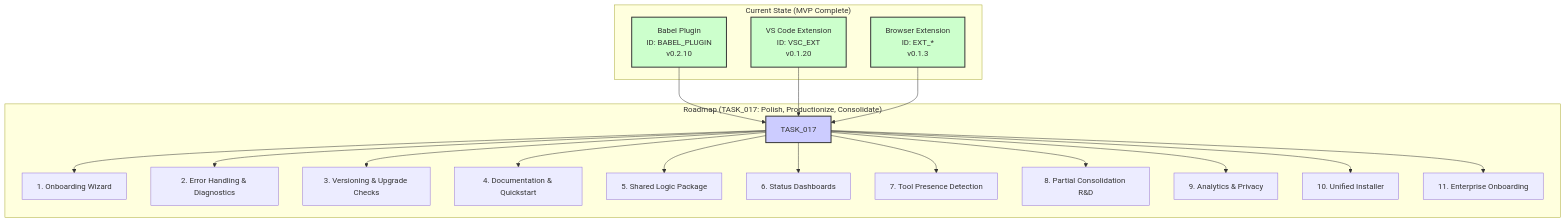
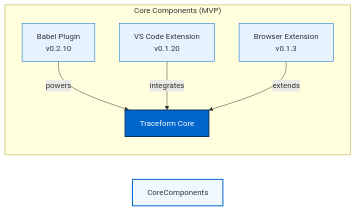
Before and after one commit to lucidlayer/traceform: the first of 2 diagrams in roadmap.md, drawn with Mermaid. The commit also changed other lines of this file, not shown here.

Commit message:
docs: update roadmap to reflect current state and future phases of Traceform development

````diff
--- a/roadmap.md
+++ b/roadmap.md
@@ -5,44 +7,20 @@
 ```mermaid
-graph TD
-    subgraph "Current State (MVP Complete)"
-        A["Babel Plugin\nID: BABEL_PLUGIN\nv0.2.10"]
-        B["VS Code Extension\nID: VSC_EXT\nv0.1.20"]
-        C["Browser Extension\nID: EXT_*\nv0.1.3"]
+graph LR
+    subgraph "Core Components (MVP)"
+        style CoreComponents fill:#f0f8ff,stroke:#0066cc,stroke-width:2px
+        
+        BP["Babel Plugin
+        v0.2.10"] --> |powers| Core
+        VSC["VS Code Extension 
+        v0.1.20"] --> |integrates| Core
+        BE["Browser Extension
+        v0.1.3"] --> |extends| Core
+        
+        Core["Traceform Core"]
     end
-
-    subgraph "Roadmap (TASK_017: Polish, Productionize, Consolidate)"
-        T017[TASK_017]
-        T017_1["1. Onboarding Wizard"]
-        T017_2["2. Error Handling & Diagnostics"]
-        T017_3["3. Versioning & Upgrade Checks"]
-        T017_4["4. Documentation & Quickstart"]
-        T017_5["5. Shared Logic Package"]
-        T017_6["6. Status Dashboards"]
-        T017_7["7. Tool Presence Detection"]
-        T017_8["8. Partial Consolidation R&D"]
-        T017_9["9. Analytics & Privacy"]
-        T017_10["10. Unified Installer"]
-        T017_11["11. Enterprise Onboarding"]
-    end
-
-    A --> T017
-    B --> T017
-    C --> T017
-
-    T017 --> T017_1
-    T017 --> T017_2
-    T017 --> T017_3
-    T017 --> T017_4
-    T017 --> T017_5
-    T017 --> T017_6
-    T017 --> T017_7
-    T017 --> T017_8
-    T017 --> T017_9
-    T017 --> T017_10
-    T017 --> T017_11
-
-    style A fill:#ccffcc,stroke:#333,stroke-width:2px
-    style B fill:#ccffcc,stroke:#333,stroke-width:2px
-    style C fill:#ccffcc,stroke:#333,stroke-width:2px
-    style T017 fill:#ccccff,stroke:#333,stroke-width:2px
+    
+    style BP fill:#e6f2ff,stroke:#0066cc,stroke-width:1px
+    style VSC fill:#e6f2ff,stroke:#0066cc,stroke-width:1px
+    style BE fill:#e6f2ff,stroke:#0066cc,stroke-width:1px
+    style Core fill:#0066cc,color:#ffffff,stroke:#003366,stroke-width:2px
 ```
````
